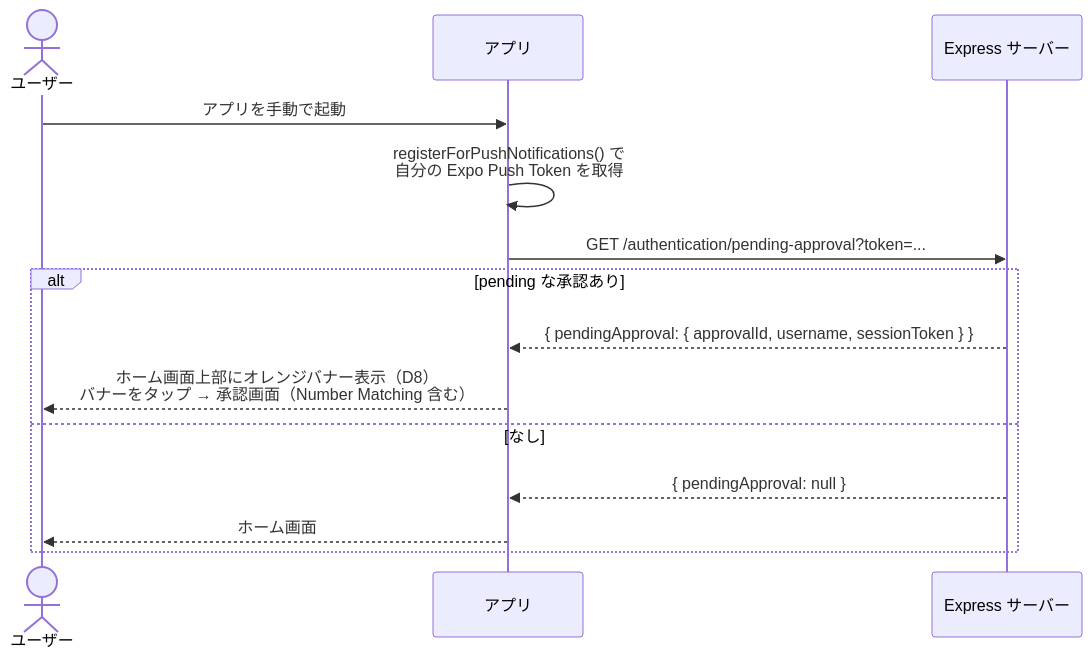
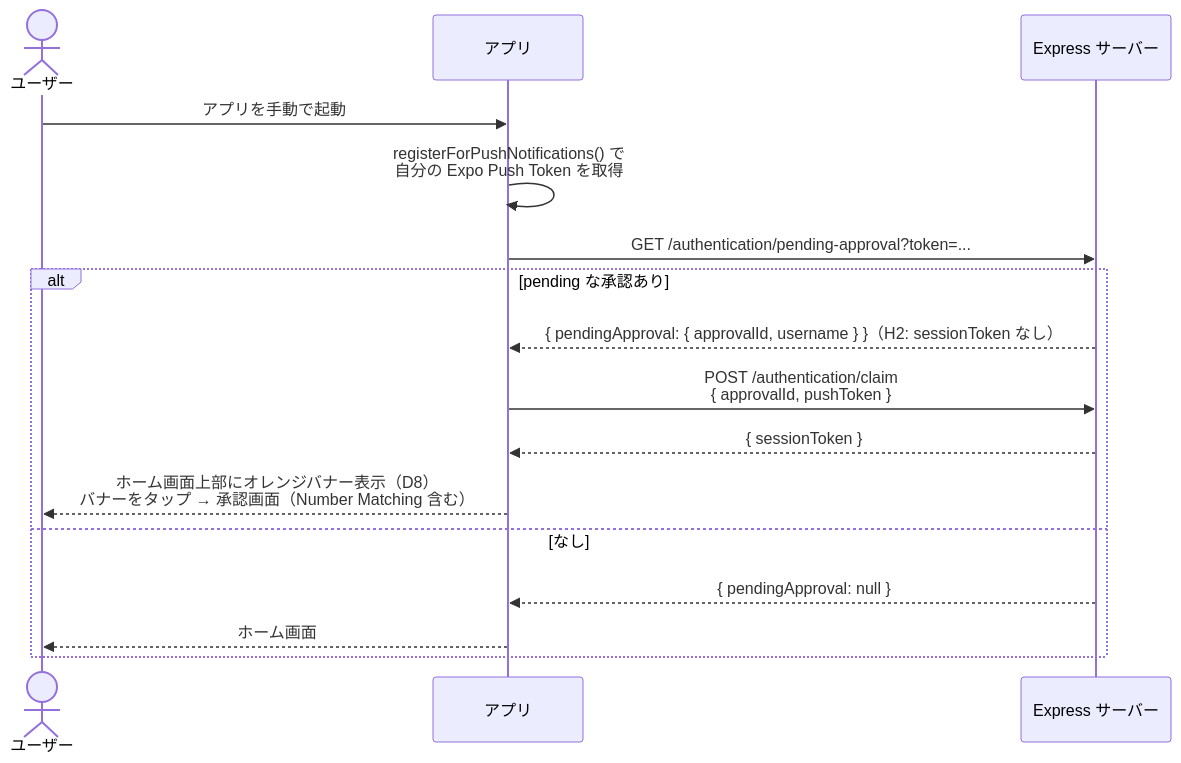
Before and after one commit to taka1226s/passkey-poc: the seventh of 8 diagrams in README.md, drawn with Mermaid. The commit also changed other lines of this file, not shown here.

First line of the commit message:
README: シーケンス図をセキュリティ強化実装に合わせて更新

````diff
--- a/README.md
+++ b/README.md
@@ -648,17 +663,19 @@
 ```mermaid
 sequenceDiagram
     actor User as ユーザー
     participant App as アプリ
     participant Server as Express サーバー
 
     User->>App: アプリを手動で起動
     App->>App: registerForPushNotifications() で<br/>自分の Expo Push Token を取得
     App->>Server: GET /authentication/pending-approval?token=...
     alt pending な承認あり
-        Server-->>App: { pendingApproval: { approvalId, username, sessionToken } }
+        Server-->>App: { pendingApproval: { approvalId, username } }（H2: sessionToken なし）
+        App->>Server: POST /authentication/claim<br/>{ approvalId, pushToken }
+        Server-->>App: { sessionToken }
         App-->>User: ホーム画面上部にオレンジバナー表示（D8）<br/>バナーをタップ → 承認画面（Number Matching 含む）
     else なし
         Server-->>App: { pendingApproval: null }
         App-->>User: ホーム画面
     end
 ```
````
